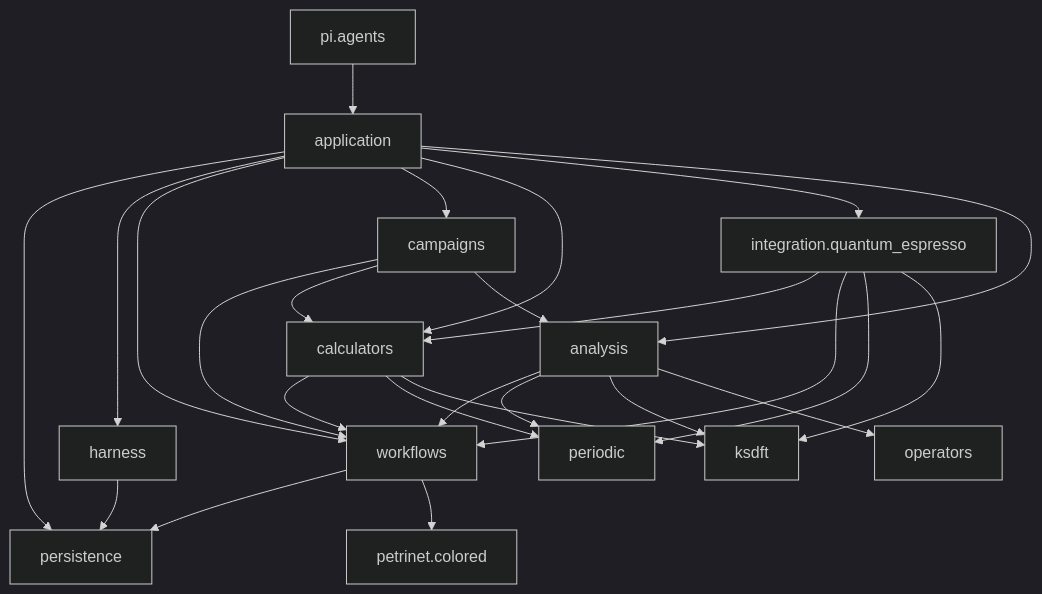
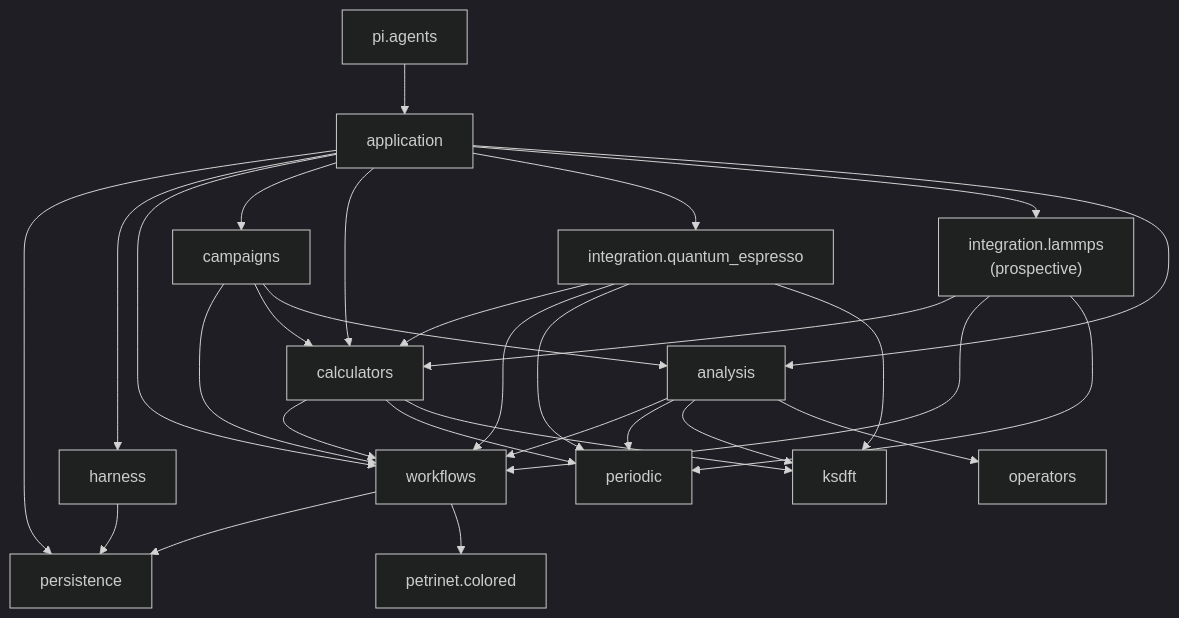
One commit to eragasa/ksdft2effmass changed the diagram in docs/architecture/v2/ksdft2effmass/index.md. Above: the diagram before and after it, drawn with Mermaid (dark theme). The commit also changed other lines of this file and 57 other files, not shown here.

````diff
--- a/docs/architecture/v2/ksdft2effmass/index.md
+++ b/docs/architecture/v2/ksdft2effmass/index.md
@@ -9,42 +9,47 @@
 ```mermaid
 flowchart TB
     app["application"]
     persistence["persistence"]
     harness["harness"]
     workflows["workflows"]
     petrinet["petrinet.colored"]
     campaigns["campaigns"]
     calculators["calculators"]
-    integration["integration.quantum_espresso"]
+    qe_integration["integration.quantum_espresso"]
+    lammps_integration["integration.lammps<br/>(prospective)"]
     periodic["periodic"]
     ksdft["ksdft"]
     operators["operators"]
     analysis["analysis"]
     pi_agents["pi.agents"]
 
     pi_agents --> app
     app --> persistence
     app --> harness
     app --> workflows
     app --> campaigns
     app --> calculators
-    app --> integration
+    app --> qe_integration
+    app --> lammps_integration
     app --> analysis
     harness --> persistence
     workflows --> persistence
     workflows --> petrinet
     campaigns --> workflows
     campaigns --> calculators
     campaigns --> analysis
     calculators --> workflows
     calculators --> periodic
     calculators --> ksdft
-    integration --> calculators
-    integration --> workflows
-    integration --> periodic
-    integration --> ksdft
+    qe_integration --> calculators
+    qe_integration --> workflows
+    qe_integration --> periodic
+    qe_integration --> ksdft
+    lammps_integration --> calculators
+    lammps_integration --> workflows
+    lammps_integration --> periodic
     analysis --> workflows
     analysis --> periodic
     analysis --> ksdft
     analysis --> operators
 ```
````
